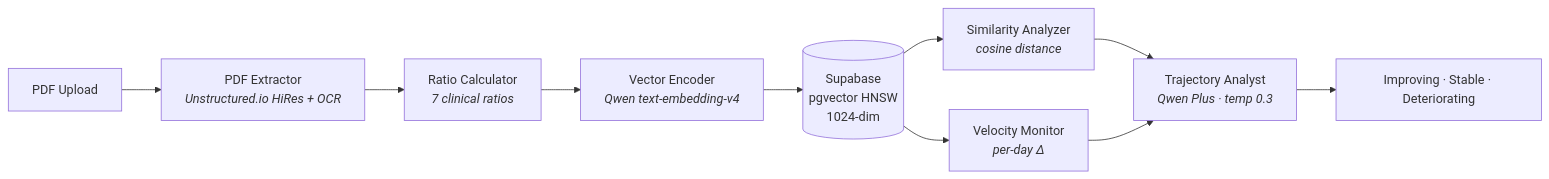
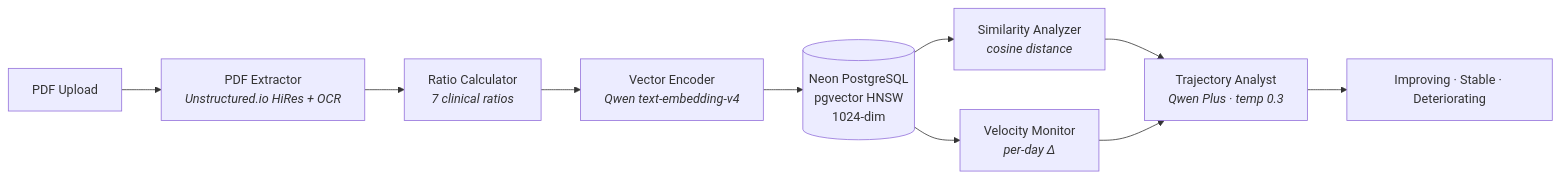
Before and after one commit to v9ai/ai-apps: the diagram in apps/agentic-healthcare/README.md, drawn with Mermaid. The commit also changed other lines of this file and 168 other files, not shown here.

First line of the commit message:
refactor(agentic-healthcare): migrate from Supabase to Neon + Better Auth + Drizzle

````diff
--- a/apps/agentic-healthcare/README.md
+++ b/apps/agentic-healthcare/README.md
@@ -18,12 +18,12 @@
 ```mermaid
 flowchart LR
     Upload["PDF Upload"] --> Extractor["PDF Extractor<br/><i>Unstructured.io HiRes + OCR</i>"]
     Extractor --> Ratios["Ratio Calculator<br/><i>7 clinical ratios</i>"]
     Ratios --> Encoder["Vector Encoder<br/><i>Qwen text-embedding-v4</i>"]
-    Encoder --> DB[("Supabase<br/>pgvector HNSW<br/>1024-dim")]
+    Encoder --> DB[("Neon PostgreSQL<br/>pgvector HNSW<br/>1024-dim")]
     DB --> Similarity["Similarity Analyzer<br/><i>cosine distance</i>"]
     DB --> Velocity["Velocity Monitor<br/><i>per-day Δ</i>"]
     Similarity --> Analyst["Trajectory Analyst<br/><i>Qwen Plus · temp 0.3</i>"]
     Velocity --> Analyst
     Analyst --> Insights["Improving · Stable · Deteriorating"]
 ```
````
